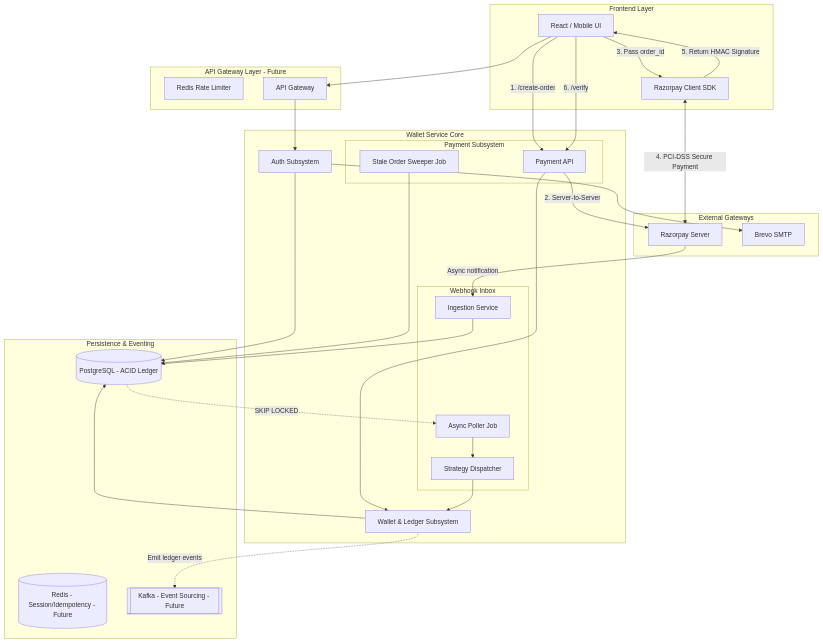
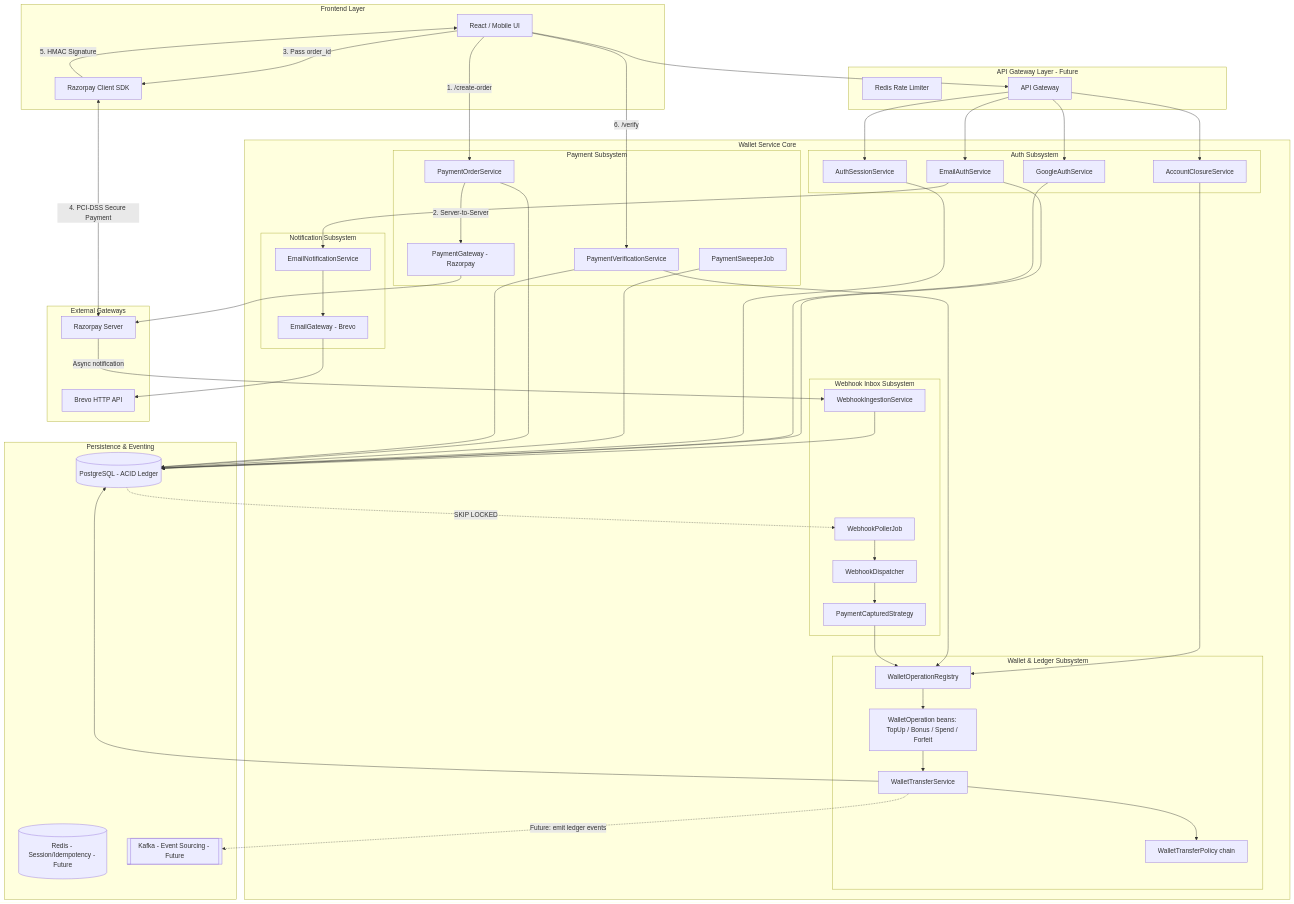
The first of 4 diagrams in README.md (abhi01-01/Wallet-Service), drawn with Mermaid before and after one commit. The commit also changed other lines of this file and 55 other files, not shown here.

````diff
--- a/README.md
+++ b/README.md
@@ -49,19 +47,37 @@
     end
 
     subgraph Service [Wallet Service Core]
-        Auth[Auth Subsystem]
-        
-        subgraph Payment Subsystem
-            Pay[Payment API]
-            Sweeper[Stale Order Sweeper Job]
+        subgraph AuthSub [Auth Subsystem]
+            EmailAuth[EmailAuthService]
+            GoogleAuth[GoogleAuthService]
+            Session[AuthSessionService]
+            Closure[AccountClosureService]
         end
-        
-        Wal[Wallet & Ledger Subsystem]
-        
-        subgraph Webhook Inbox
-            Ingest[Ingestion Service]
-            Poller[Async Poller Job]
-            Strat[Strategy Dispatcher]
+
+        subgraph PaySub [Payment Subsystem]
+            OrderSvc[PaymentOrderService]
+            Verify[PaymentVerificationService]
+            PayGw[PaymentGateway - Razorpay]
+            Sweeper[PaymentSweeperJob]
+        end
+
+        subgraph WalSub [Wallet & Ledger Subsystem]
+            Registry[WalletOperationRegistry]
+            Ops[WalletOperation beans: TopUp / Bonus / Spend / Forfeit]
+            Transfer[WalletTransferService]
+            Policies[WalletTransferPolicy chain]
+        end
+
+        subgraph WhSub [Webhook Inbox Subsystem]
+            Ingest[WebhookIngestionService]
+            Poller[WebhookPollerJob]
+            Disp[WebhookDispatcher]
+            Strat[PaymentCapturedStrategy]
+        end
+
+        subgraph NotifSub [Notification Subsystem]
+            EmailSvc[EmailNotificationService]
+            EmailGw[EmailGateway - Brevo]
         end
     end
 
@@ -73,35 +89,50 @@
 
     subgraph External [External Gateways]
         RZP_API[Razorpay Server]
-        Brevo[Brevo SMTP]
+        Brevo[Brevo HTTP API]
     end
 
     %% Auth Flow
     UI --> AuthZ
-    AuthZ --> Auth
-    Auth --> DB
-    Auth --> Brevo
+    AuthZ --> EmailAuth
+    AuthZ --> GoogleAuth
+    AuthZ --> Session
+    AuthZ --> Closure
+    EmailAuth --> EmailSvc
+    EmailSvc --> EmailGw
+    EmailGw --> Brevo
+    EmailAuth --> DB
+    GoogleAuth --> DB
+    Session --> DB
+    Closure --> Registry
 
     %% Payment Flow
-    UI -->|1. /create-order| Pay
-    Pay -->|2. Server-to-Server| RZP_API
+    UI -->|1. /create-order| OrderSvc
+    OrderSvc -->|2. Server-to-Server| PayGw
+    PayGw --> RZP_API
     UI -->|3. Pass order_id| RZP_SDK
     RZP_SDK <-->|4. PCI-DSS Secure Payment| RZP_API
-    RZP_SDK -->|5. Return HMAC Signature| UI
-    UI -->|6. /verify| Pay
-    Pay --> Wal
+    RZP_SDK -->|5. HMAC Signature| UI
+    UI -->|6. /verify| Verify
+    Verify --> Registry
 
     %% Webhook Flow
     RZP_API -->|Async notification| Ingest
     Ingest --> DB
     DB -.->|SKIP LOCKED| Poller
-    Poller --> Strat
-    Strat --> Wal
+    Poller --> Disp
+    Disp --> Strat
+    Strat --> Registry
 
-    %% Wallet Flow
-    Wal --> DB
-    Wal -.->|Emit ledger events| MQ
+    %% Wallet Engine
+    Registry --> Ops
+    Ops --> Transfer
+    Transfer --> Policies
+    Transfer --> DB
+    Transfer -.->|Future: emit ledger events| MQ
 
     %% Cleanup Flow
     Sweeper --> DB
+    OrderSvc --> DB
+    Verify --> DB
 ```
````
